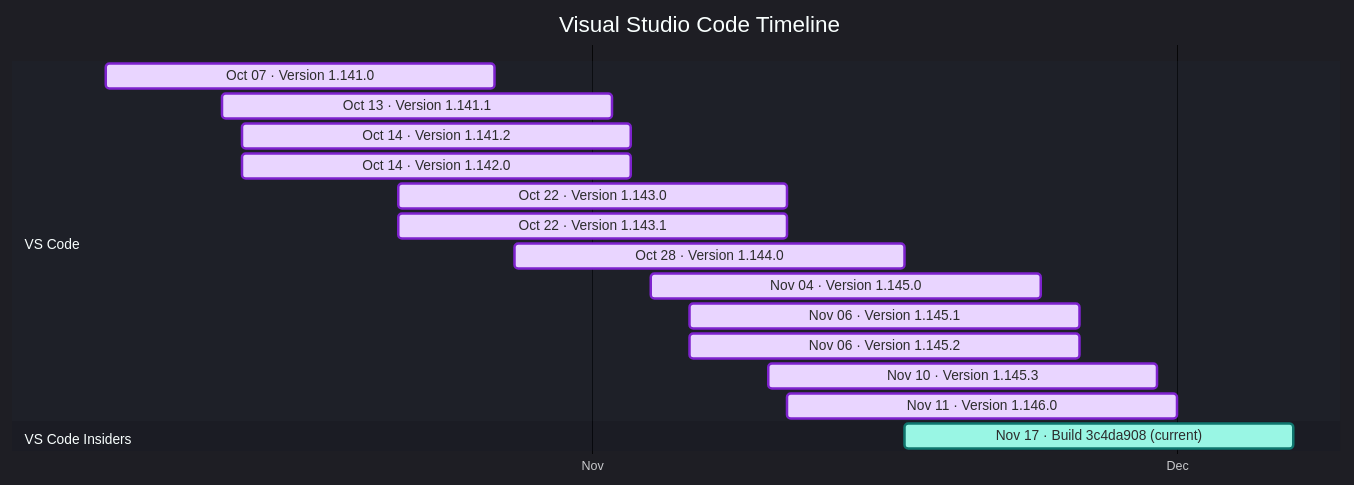
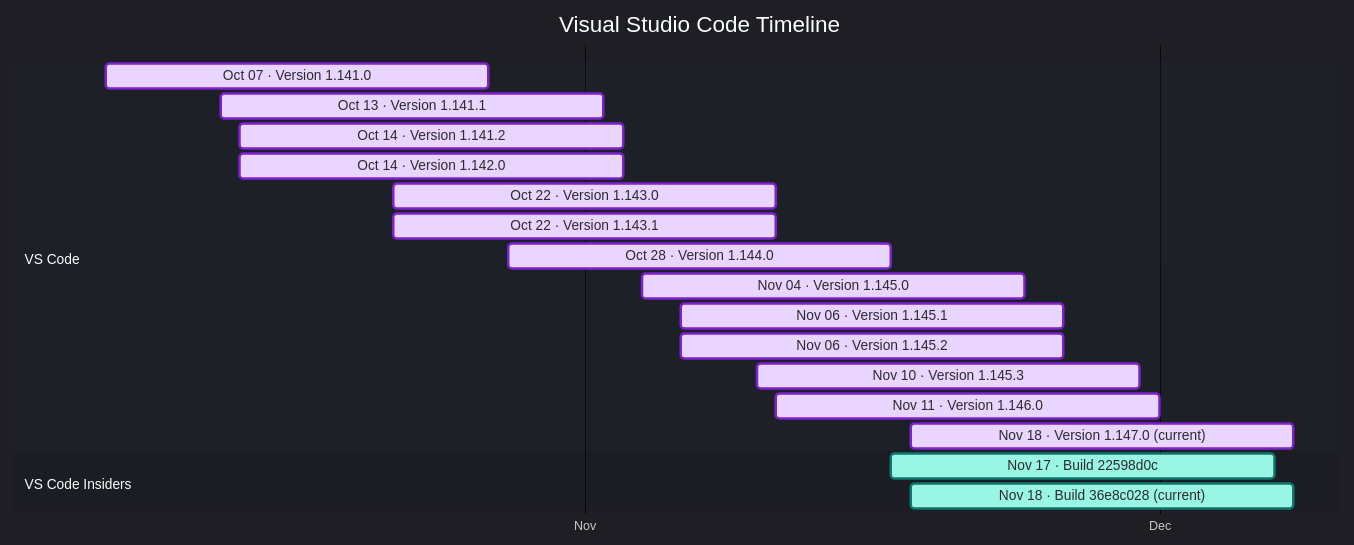
Before and after one commit to Oxelya-DevTools/VisualStudioUpdate: the diagram in docs/vscode.md, drawn with Mermaid. The commit also changed other lines of this file and 3 other files, not shown here.

````diff
--- a/docs/vscode.md
+++ b/docs/vscode.md
@@ -9,23 +9,25 @@
 ```mermaid
 %%{init: {'theme':'dark','themeVariables': { 'fontFamily': 'Segoe UI', 'fontSize': '24px', 'textColor': '#F3F4F6', 'titleTextColor': '#FFFFFF', 'taskTextColor': '#111827', 'taskTextLightColor': '#111827', 'taskTextOutsideColor': '#F3F4F6', 'taskBkgColor': '#BAE6FD', 'taskBorderColor': '#0369A1', 'doneTaskBkgColor': '#E9D5FF', 'doneTaskBorderColor': '#7E22CE', 'activeTaskBkgColor': '#99F6E4', 'activeTaskBorderColor': '#0F766E', 'critTaskBkgColor': '#FED7AA', 'critTaskBorderColor': '#C2410C', 'sectionBkgColor': '#1F2937', 'altSectionBkgColor': '#111827', 'gridColor': '#4B5563', 'todayLineColor': '#F87171' }}}%%
 gantt
     title Visual Studio Code Timeline
     dateFormat  YYYY-MM-DD
     axisFormat  %b
     tickInterval 1month
     section VS Code
     Oct 07 · Version 1.141.0 : done, vscode202610070, 2026-10-07, 20d
     Oct 13 · Version 1.141.1 : done, vscode202610131, 2026-10-13, 20d
     Oct 14 · Version 1.141.2 : done, vscode202610142, 2026-10-14, 20d
     Oct 14 · Version 1.142.0 : done, vscode202610143, 2026-10-14, 20d
     Oct 22 · Version 1.143.0 : done, vscode202610224, 2026-10-22, 20d
     Oct 22 · Version 1.143.1 : done, vscode202610225, 2026-10-22, 20d
     Oct 28 · Version 1.144.0 : done, vscode202610286, 2026-10-28, 20d
     Nov 04 · Version 1.145.0 : done, vscode202611047, 2026-11-04, 20d
     Nov 06 · Version 1.145.1 : done, vscode202611068, 2026-11-06, 20d
     Nov 06 · Version 1.145.2 : done, vscode202611069, 2026-11-06, 20d
     Nov 10 · Version 1.145.3 : done, vscode2026111010, 2026-11-10, 20d
     Nov 11 · Version 1.146.0 : done, vscode2026111111, 2026-11-11, 20d
+    Nov 18 · Version 1.147.0 (current) : done, vscode2026111812, 2026-11-18, 20d
     section VS Code Insiders
-    Nov 17 · Build 3c4da908 (current) : active, vscodeinsiders202611170, 2026-11-17, 20d
+    Nov 17 · Build 22598d0c : active, vscodeinsiders202611170, 2026-11-17, 20d
+    Nov 18 · Build 36e8c028 (current) : active, vscodeinsiders202611181, 2026-11-18, 20d
 ```
````
